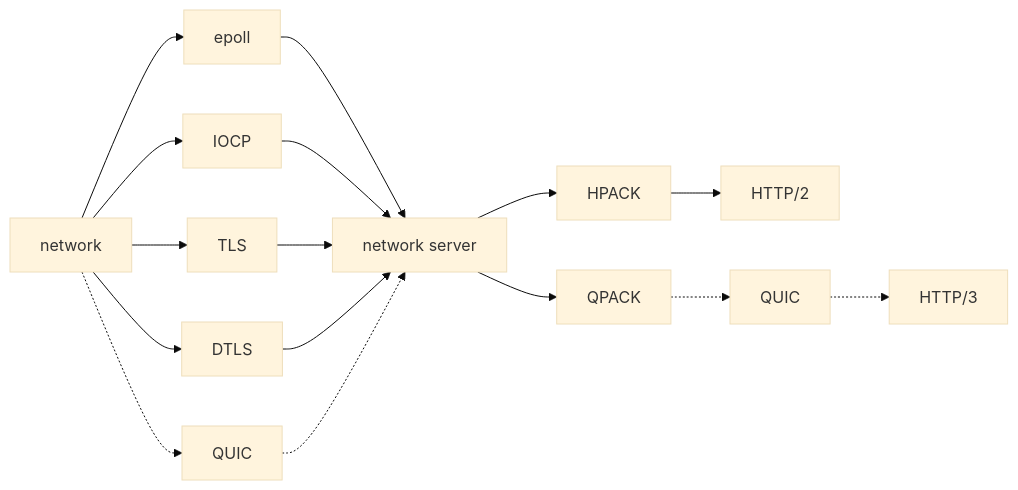
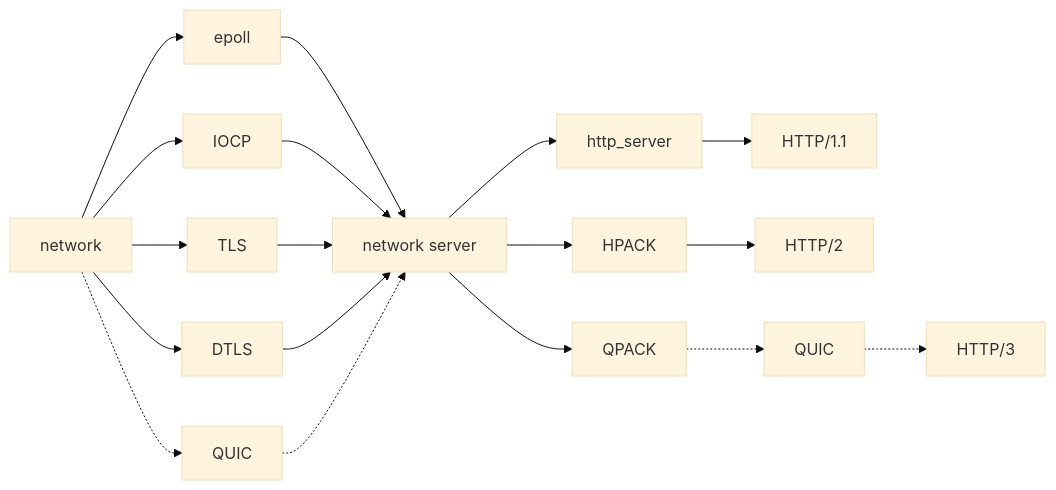
The fourth of 4 diagrams in DEVNOTES.md (princeb612/hotplace), drawn with Mermaid (base theme) before and after one commit. The commit also changed other lines of this file and 116 other files, not shown here.

````diff
--- a/DEVNOTES.md
+++ b/DEVNOTES.md
@@ -27,20 +46,21 @@
 ```mermaid
 flowchart LR
-  A[network] --> A1;
-  A1[epoll] --> B;
-  A --> A2;
-  A2[IOCP] --> B;
-  A --> A3;
-  A3[TLS] --> B;
-  A --> A4;
-  A4[DTLS] --> B;
-  A -.-> A5;
-  A5[QUIC] -.-> B;
-  B[network server] --> C;
-  C[HPACK] --> D;
-  D[HTTP/2];
-  B --> E;
-  E[QPACK] -.-> F;
-  F[QUIC] -.-> G;
-  G[HTTP/3];
+  A[network] --> A1[epoll];
+  A --> A2[IOCP];
+  A --> A3[TLS];
+  A --> A4[DTLS];
+  A -.-> A5[QUIC];
+  A1 --> B;
+  A2 --> B;
+  A3 --> B;
+  A4 --> B;
+  A5 -.-> B;
+  B[network server];
+  B --> C1[http_server];
+  C1 --> C2[HTTP/1.1];
+  B --> D1[HPACK];
+  D1 --> D2[HTTP/2];
+  B --> E1[QPACK];
+  E1 -.-> E2[QUIC];
+  E2 -.-> E3[HTTP/3];
 ```
````
